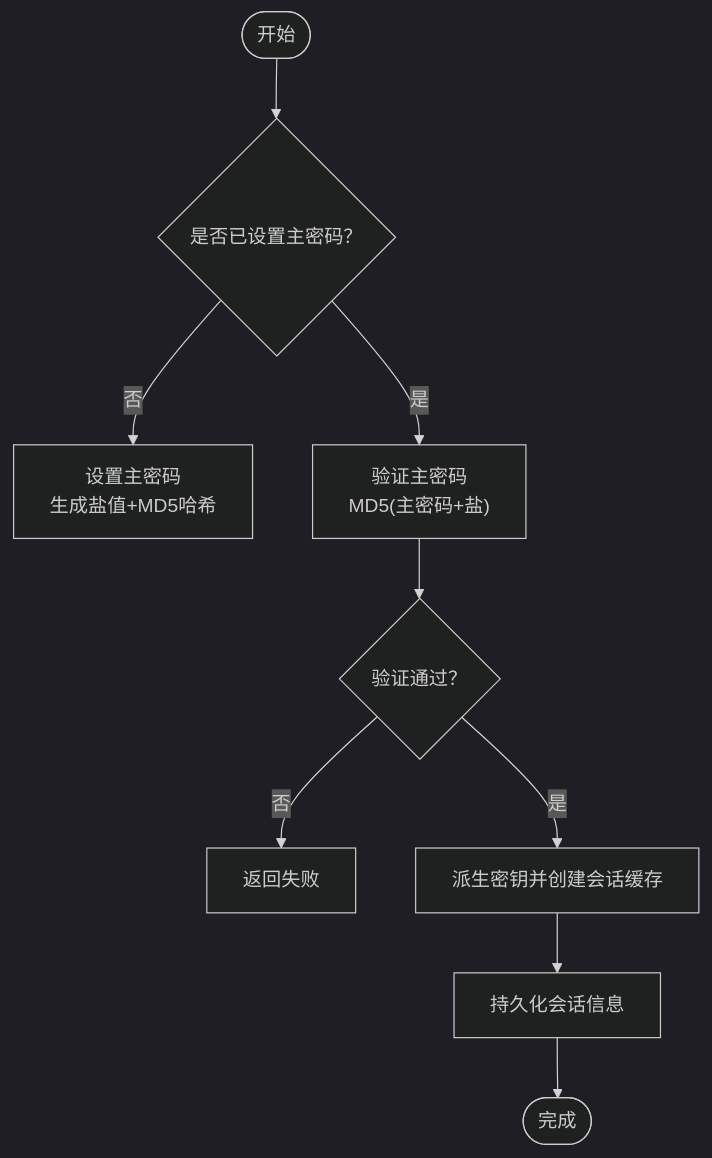
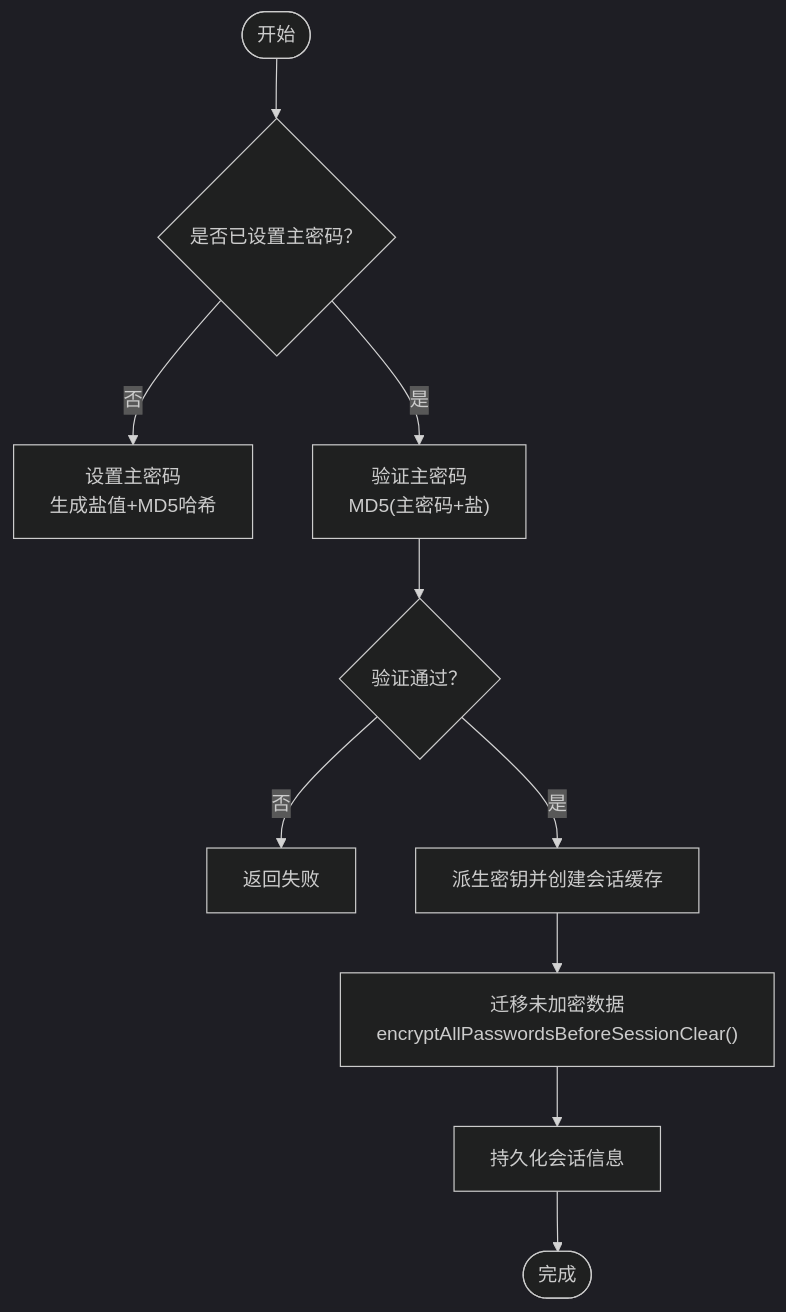
The fourth of 8 diagrams in .qoder/repowiki/zh/content/安全机制/安全机制.md (liaolongdong/account-password-helper), drawn with Mermaid (dark theme) before and after one commit. The commit also changed other lines of this file and 7 other files, not shown here.

````diff
--- a/.qoder/repowiki/zh/content/安全机制/安全机制.md
+++ b/.qoder/repowiki/zh/content/安全机制/安全机制.md
@@ -145,11 +216,12 @@
 ```mermaid
 flowchart TD
 Start(["开始"]) --> HasMP{"是否已设置主密码？"}
 HasMP --> |否| SetMP["设置主密码<br/>生成盐值+MD5哈希"]
 HasMP --> |是| Verify["验证主密码<br/>MD5(主密码+盐)"]
 Verify --> Valid{"验证通过？"}
 Valid --> |否| Fail["返回失败"]
 Valid --> |是| CreateSess["派生密钥并创建会话缓存"]
-CreateSess --> SaveLocal["持久化会话信息"]
+CreateSess --> MigrateData["迁移未加密数据<br/>encryptAllPasswordsBeforeSessionClear()"]
+MigrateData --> SaveLocal["持久化会话信息"]
 SaveLocal --> Done(["完成"])
 ```
````
